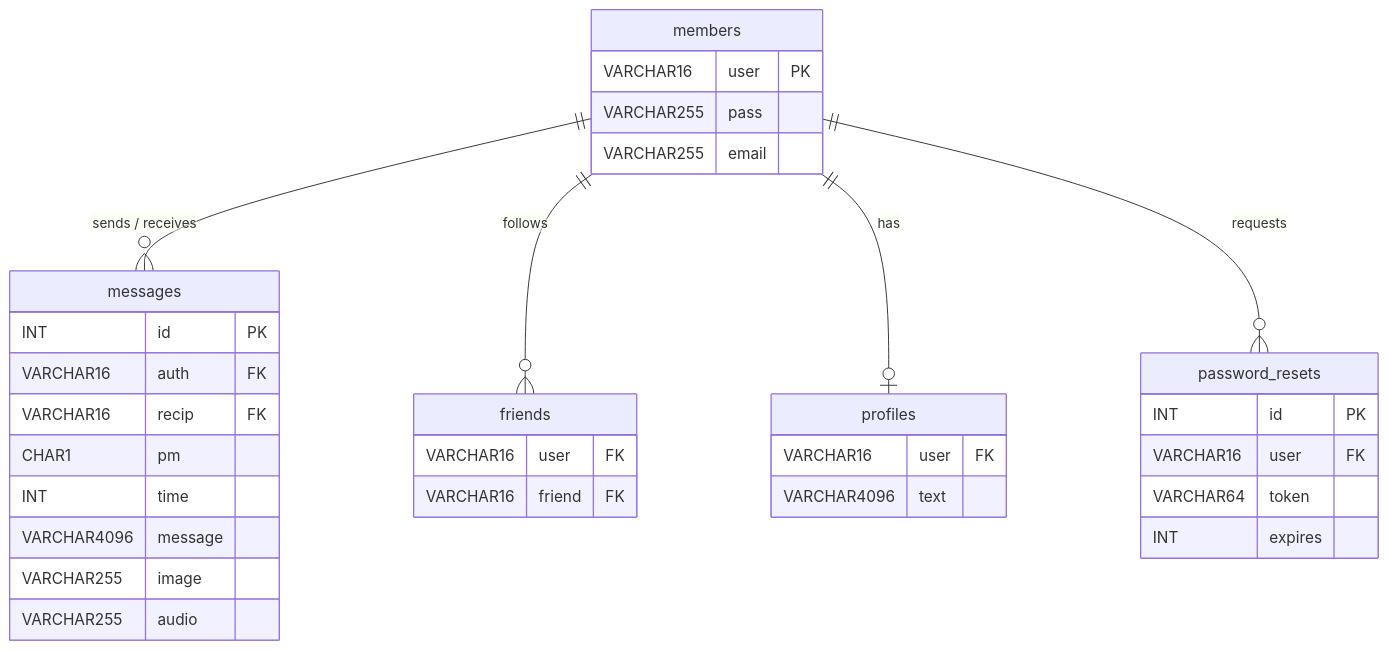
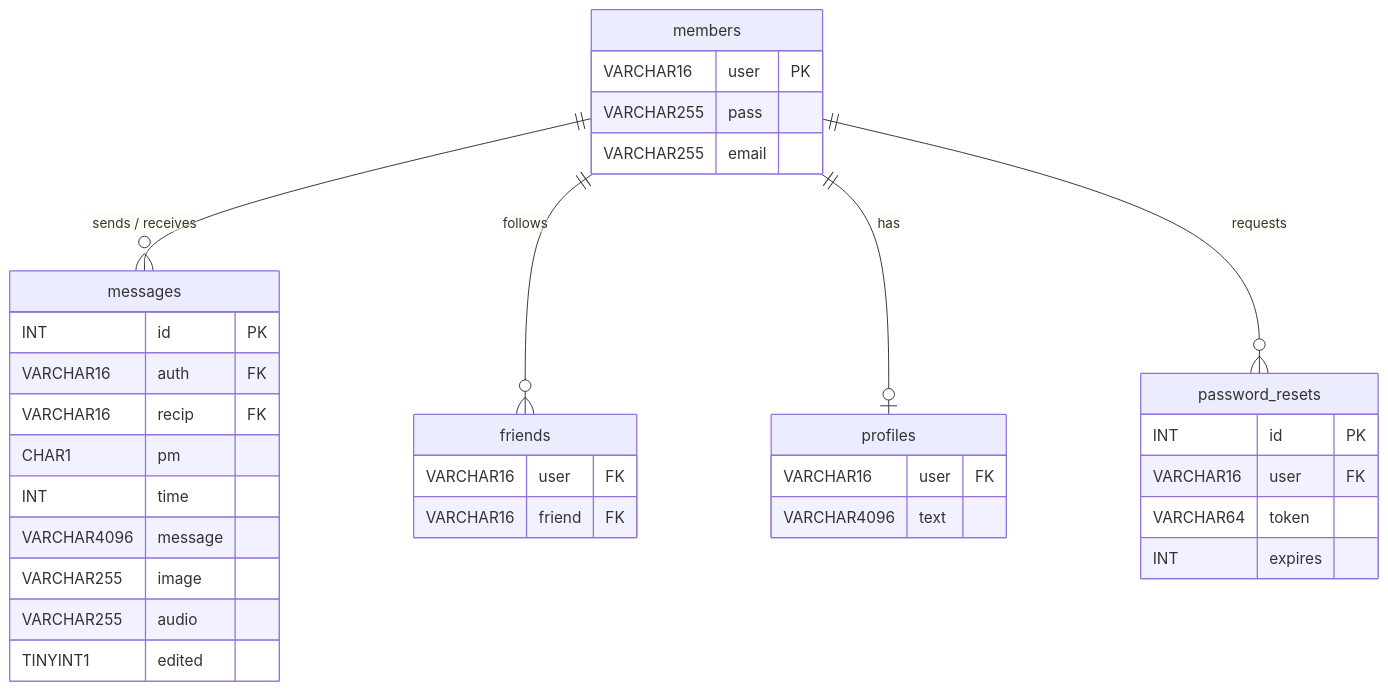
Before and after one commit to ShehrozMirza/MessengerChat: the second of 4 diagrams in README.md, drawn with Mermaid. The commit also changed other lines of this file and 2 other files, not shown here.

````diff
--- a/README.md
+++ b/README.md
@@ -349,37 +341,38 @@
 ```mermaid
 erDiagram
     members {
         VARCHAR16  user    PK
         VARCHAR255 pass
         VARCHAR255 email
     }
     messages {
         INT        id      PK
         VARCHAR16  auth    FK
         VARCHAR16  recip   FK
         CHAR1      pm
         INT        time
         VARCHAR4096 message
         VARCHAR255 image
         VARCHAR255 audio
+        TINYINT1   edited
     }
     friends {
         VARCHAR16  user    FK
         VARCHAR16  friend  FK
     }
     profiles {
         VARCHAR16   user   FK
         VARCHAR4096 text
     }
     password_resets {
-        INT        id      PK
-        VARCHAR16  user    FK
-        VARCHAR64  token
-        INT        expires
+        INT       id      PK
+        VARCHAR16 user    FK
+        VARCHAR64 token
+        INT       expires
     }
 
-    members ||--o{ messages       : "sends / receives"
-    members ||--o{ friends        : "follows"
-    members ||--o| profiles       : "has"
-    members ||--o{ password_resets: "requests"
+    members ||--o{ messages        : "sends / receives"
+    members ||--o{ friends         : "follows"
+    members ||--o| profiles        : "has"
+    members ||--o{ password_resets : "requests"
 ```
````
